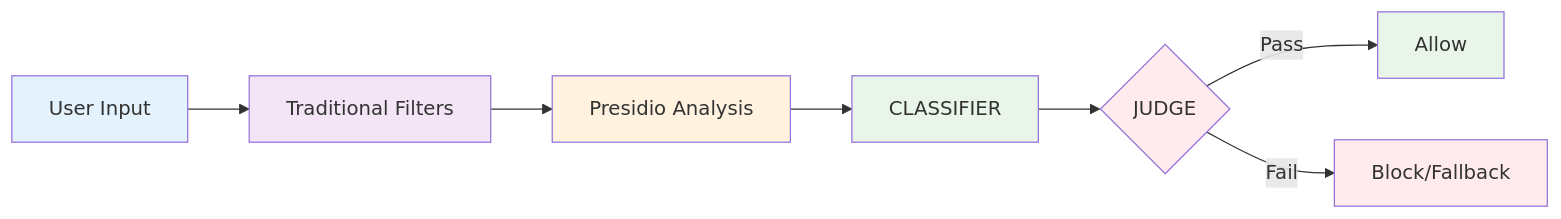
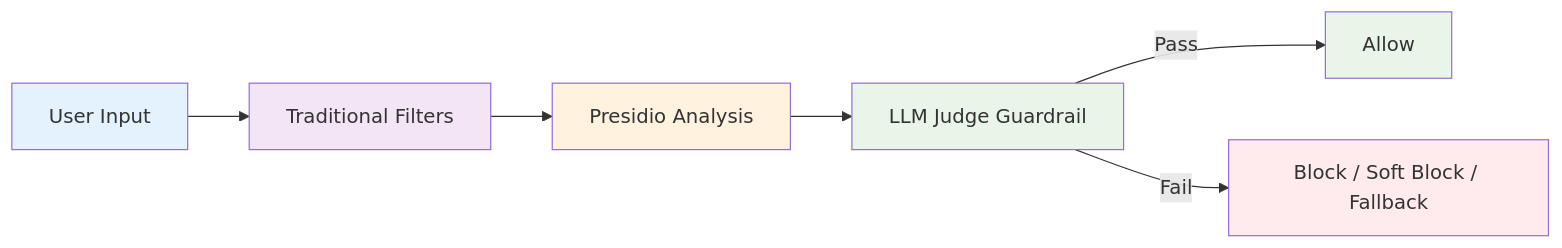
The third of 3 diagrams in docs/features/guardrails.md (radicalbit/radicalbit-ai-gateway-docs), drawn with Mermaid before and after one commit. The commit also changed other lines of this file and 9 other files, not shown here.

````diff
--- a/docs/features/guardrails.md
+++ b/docs/features/guardrails.md
@@ -115,17 +195,15 @@
 ```mermaid
 graph LR
     A[User Input] --> B[Traditional Filters]
     B --> C[Presidio Analysis]
-    C --> D[CLASSIFIER]
-    D --> E{JUDGE}
-    E -->|Pass| F[Allow]
-    E -->|Fail| G[Block/Fallback]
+    C --> D[LLM Judge Guardrail]
+    D -->|Pass| E[Allow]
+    D -->|Fail| F[Block / Soft Block / Fallback]
     
     style A fill:#e3f2fd
     style B fill:#f3e5f5
     style C fill:#fff3e0
     style D fill:#e8f5e8
-    style E fill:#ffebee
-    style F fill:#e8f5e8
-    style G fill:#ffebee
+    style E fill:#e8f5e8
+    style F fill:#ffebee
 ```
````
